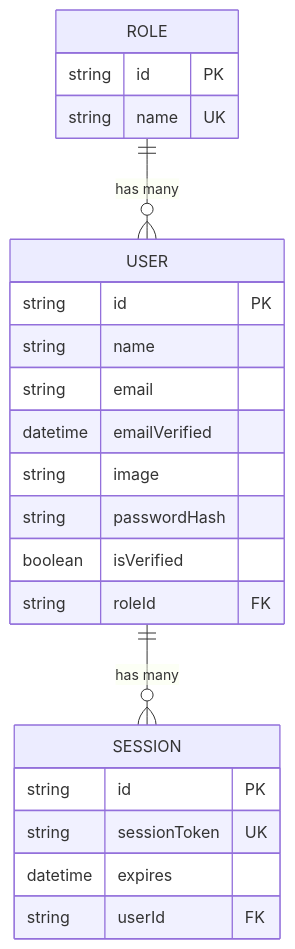
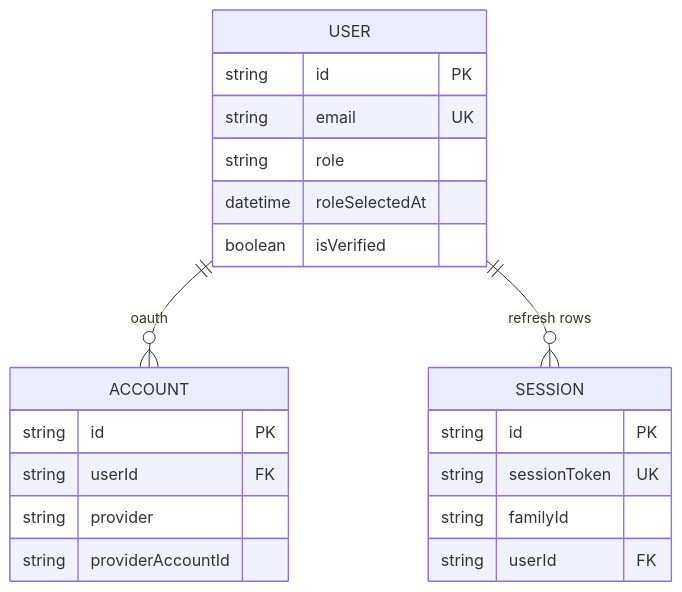
One commit to tashifkhan/tashif.codes changed the fourth of 5 diagrams in src/data/docs/talentsync/Feature Implementation/User Management System.md. Above: the diagram before and after it, drawn with Mermaid. The commit also changed other lines of this file and 2128 other files, not shown here.

First line of the commit message:
docs: replace raster diagram images with native Mermaid across project guides

````diff
--- a/src/data/docs/talentsync/Feature Implementation/User Management System.md
+++ b/src/data/docs/talentsync/Feature Implementation/User Management System.md
@@ -192,25 +111,24 @@
 ```mermaid
 erDiagram
-ROLE {
-string id PK
-string name UK
+USER {
+  string id PK
+  string email UK
+  string role
+  datetime roleSelectedAt
+  boolean isVerified
 }
-USER {
-string id PK
-string name
-string email
-datetime emailVerified
-string image
-string passwordHash
-boolean isVerified
-string roleId FK
+ACCOUNT {
+  string id PK
+  string userId FK
+  string provider
+  string providerAccountId
 }
 SESSION {
-string id PK
-string sessionToken UK
-datetime expires
-string userId FK
+  string id PK
+  string sessionToken UK
+  string familyId
+  string userId FK
 }
-ROLE ||--o{ USER : "has many"
-USER ||--o{ SESSION : "has many"
+USER ||--o{ ACCOUNT : "oauth"
+USER ||--o{ SESSION : "refresh rows"
 ```
````
